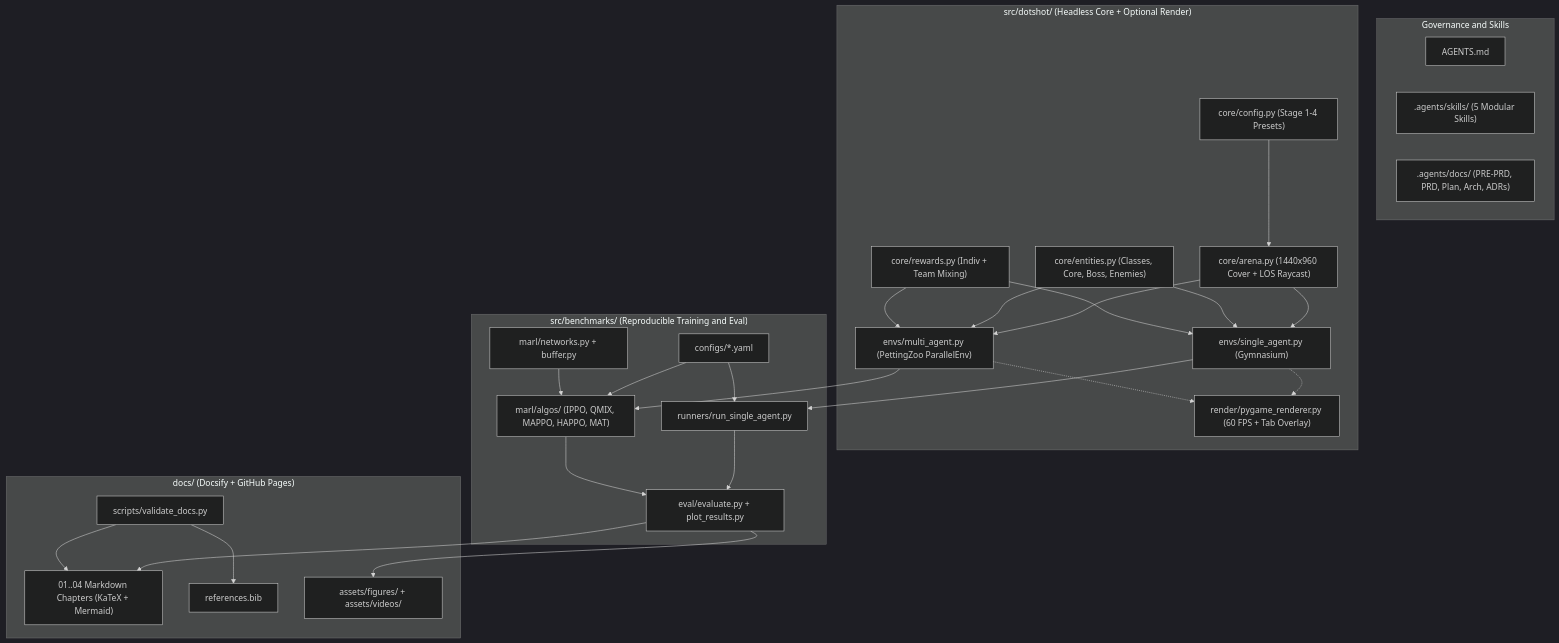
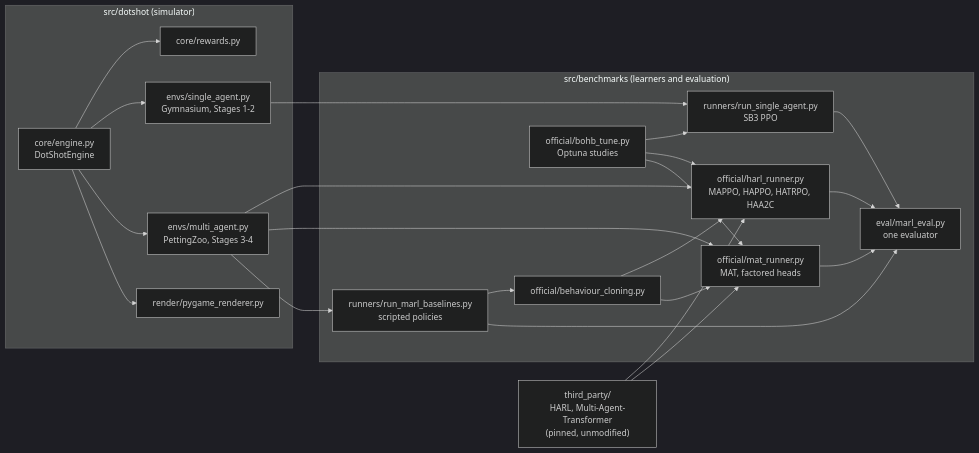
The diagram in .agents/docs/ARCHITECTURE.md (antof27/DotShot), drawn with Mermaid (dark theme) before and after one commit. The commit also changed other lines of this file and 144 other files, not shown here.

First line of the commit message:
chore: remove DotShot v1 and obsolete material, rewrite spec and design docs

````diff
--- a/.agents/docs/ARCHITECTURE.md
+++ b/.agents/docs/ARCHITECTURE.md
@@ -13,54 +10,43 @@
 ```mermaid
-flowchart TD
-    subgraph Governance ["Governance and Skills"]
-        AgentsMD["AGENTS.md"]
-        Skills[".agents/skills/ (5 Modular Skills)"]
-        AgentDocs[".agents/docs/ (PRE-PRD, PRD, Plan, Arch, ADRs)"]
+flowchart LR
+    subgraph Sim ["src/dotshot (simulator)"]
+        Engine["core/engine.py<br/>DotShotEngine"]
+        Rewards["core/rewards.py"]
+        Single["envs/single_agent.py<br/>Gymnasium, Stages 1-2"]
+        Multi["envs/multi_agent.py<br/>PettingZoo, Stages 3-4"]
+        Render["render/pygame_renderer.py"]
     end
 
-    subgraph Simulator ["src/dotshot/ (Headless Core + Optional Render)"]
-        Config["core/config.py (Stage 1-4 Presets)"]
-        Arena["core/arena.py (1440x960 Cover + LOS Raycast)"]
-        Entities["core/entities.py (Classes, Core, Boss, Enemies)"]
-        Rewards["core/rewards.py (Indiv + Team Mixing)"]
-        SingleEnv["envs/single_agent.py (Gymnasium)"]
-        MultiEnv["envs/multi_agent.py (PettingZoo ParallelEnv)"]
-        Renderer["render/pygame_renderer.py (60 FPS + Tab Overlay)"]
-        Config --> Arena
-        Arena --> SingleEnv
-        Arena --> MultiEnv
-        Entities --> SingleEnv
-        Entities --> MultiEnv
-        Rewards --> SingleEnv
-        Rewards --> MultiEnv
-        SingleEnv -.-> Renderer
-        MultiEnv -.-> Renderer
+    subgraph Bench ["src/benchmarks (learners and evaluation)"]
+        SB3["runners/run_single_agent.py<br/>SB3 PPO"]
+        HARL["official/harl_runner.py<br/>MAPPO, HAPPO, HATRPO, HAA2C"]
+        MAT["official/mat_runner.py<br/>MAT, factored heads"]
+        BC["official/behaviour_cloning.py"]
+        Base["runners/run_marl_baselines.py<br/>scripted policies"]
+        Eval["eval/marl_eval.py<br/>one evaluator"]
+        Tune["official/bohb_tune.py<br/>Optuna studies"]
     end
 
-    subgraph Benchmarks ["src/benchmarks/ (Reproducible Training and Eval)"]
-        YAML["configs/*.yaml"]
-        SARunner["runners/run_single_agent.py"]
-        MARLNet["marl/networks.py + buffer.py"]
-        MARLAlgo["marl/algos/ (IPPO, QMIX, MAPPO, HAPPO, MAT)"]
-        Eval["eval/evaluate.py + plot_results.py"]
-        YAML --> SARunner
-        YAML --> MARLAlgo
-        MARLNet --> MARLAlgo
-        SARunner --> Eval
-        MARLAlgo --> Eval
-    end
+    Upstream["third_party/<br/>HARL, Multi-Agent-Transformer<br/>(pinned, unmodified)"]
 
-    subgraph Handbook ["docs/ (Docsify + GitHub Pages)"]
-        Chapters["01..04 Markdown Chapters (KaTeX + Mermaid)"]
-        Bib["references.bib"]
-        Assets["assets/figures/ + assets/videos/"]
-        Validator["scripts/validate_docs.py"]
-        Eval --> Assets
-        Eval --> Chapters
-        Validator --> Chapters
-        Validator --> Bib
-    end
-
-    SingleEnv --> SARunner
-    MultiEnv --> MARLAlgo
+    Engine --> Rewards
+    Engine --> Single
+    Engine --> Multi
+    Engine --> Render
+    Single --> SB3
+    Multi --> HARL
+    Multi --> MAT
+    Multi --> Base
+    Upstream --> HARL
+    Upstream --> MAT
+    Base --> BC
+    BC --> HARL
+    BC --> MAT
+    SB3 --> Eval
+    HARL --> Eval
+    MAT --> Eval
+    Base --> Eval
+    Tune --> SB3
+    Tune --> HARL
+    Tune --> MAT
 ```
````
